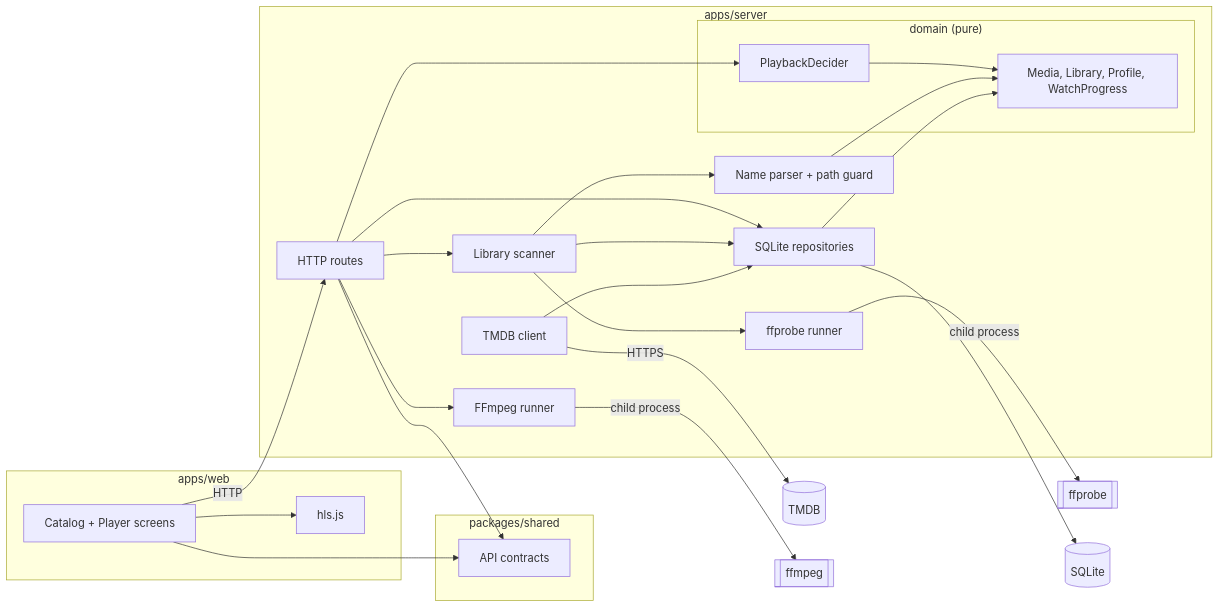
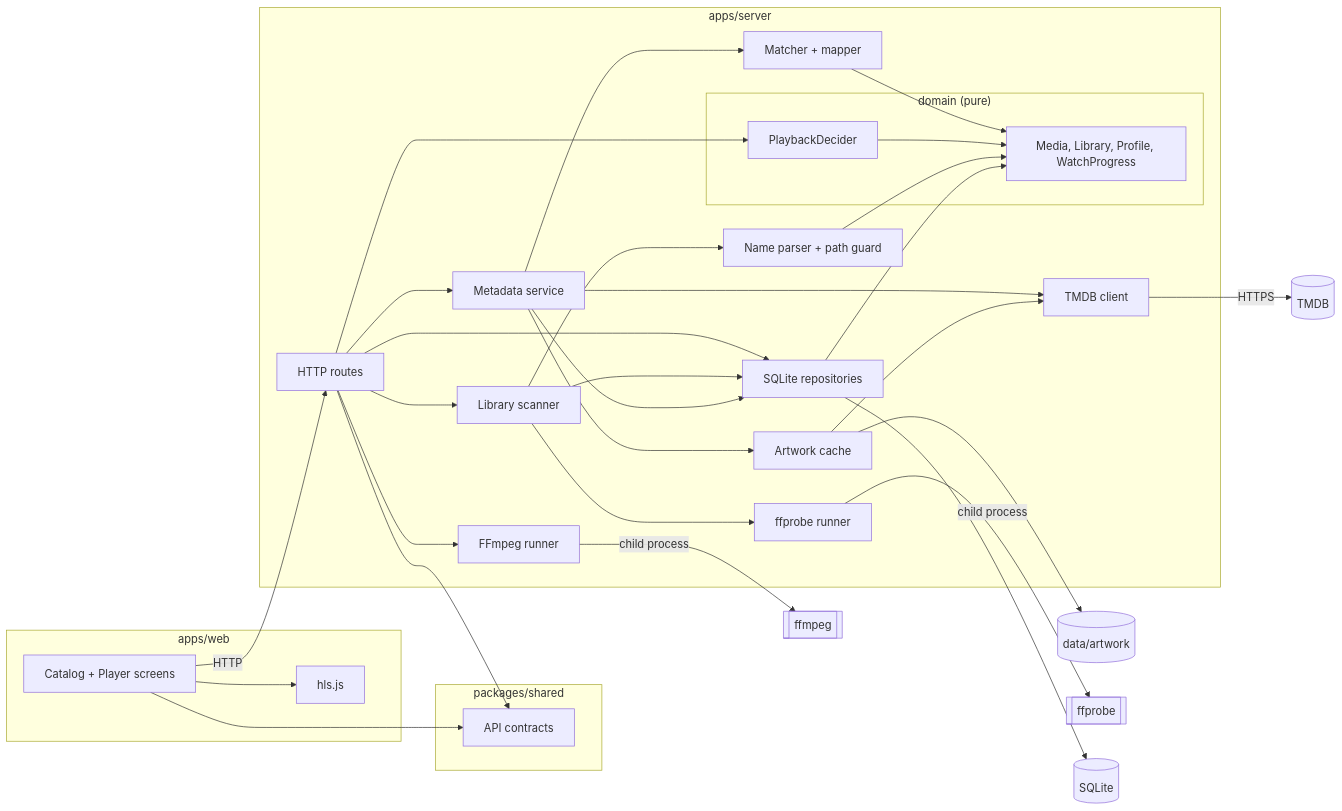
Before and after one commit to benoit-bremaud/popcorno: the diagram in docs/architecture/diagrams/playback/03-component.md, drawn with Mermaid. The commit also changed other lines of this file and 57 other files, not shown here.

First line of the commit message:
feat(metadata): fetch titles, synopses and artwork from TMDB (#16)

````diff
--- a/docs/architecture/diagrams/playback/03-component.md
+++ b/docs/architecture/diagrams/playback/03-component.md
@@ -13,42 +13,52 @@
 ```mermaid
 flowchart LR
   subgraph Web ["apps/web"]
     UI[Catalog + Player screens]
     HLS[hls.js]
     UI --> HLS
   end
   subgraph Shared ["packages/shared"]
     Contracts[API contracts]
   end
   subgraph Server ["apps/server"]
     Routes[HTTP routes]
     subgraph Domain ["domain (pure)"]
       Decider[PlaybackDecider]
       Entities[Media, Library, Profile, WatchProgress]
     end
     Scan[Library scanner]
     Parser[Name parser + path guard]
+    MetaSvc[Metadata service]
+    Match[Matcher + mapper]
     Meta[TMDB client]
+    Art[Artwork cache]
     Trans[FFmpeg runner]
     Probe[ffprobe runner]
     Repo[SQLite repositories]
     Routes --> Decider
     Routes --> Repo
     Routes --> Trans
     Routes --> Scan
     Scan --> Parser
     Scan --> Probe
     Scan --> Repo
-    Meta --> Repo
+    Routes --> MetaSvc
+    MetaSvc --> Match
+    MetaSvc --> Meta
+    MetaSvc --> Art
+    MetaSvc --> Repo
+    Art --> Meta
+    Match --> Entities
     Decider --> Entities
     Parser --> Entities
     Repo --> Entities
   end
   UI --> Contracts
   Routes --> Contracts
   UI -->|"HTTP"| Routes
   Meta -->|"HTTPS"| TMDB[("TMDB")]
+  Art --> Disk[("data/artwork")]
   Trans -->|"child process"| FFmpeg[["ffmpeg"]]
   Probe -->|"child process"| FFprobe[["ffprobe"]]
   Repo --> DB[("SQLite")]
 ```
````
